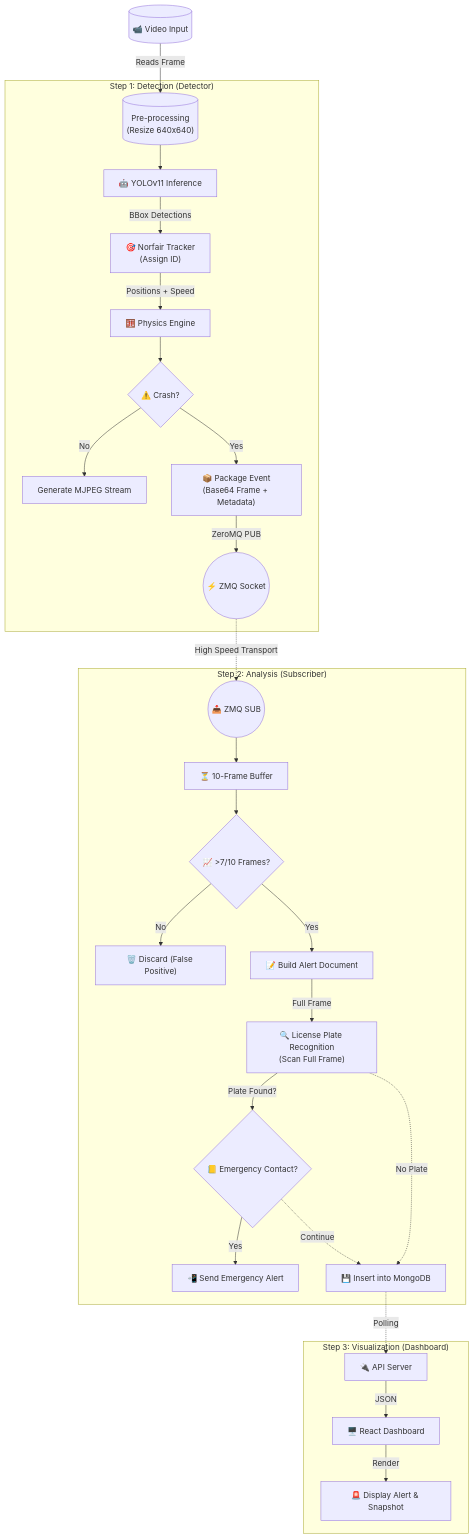
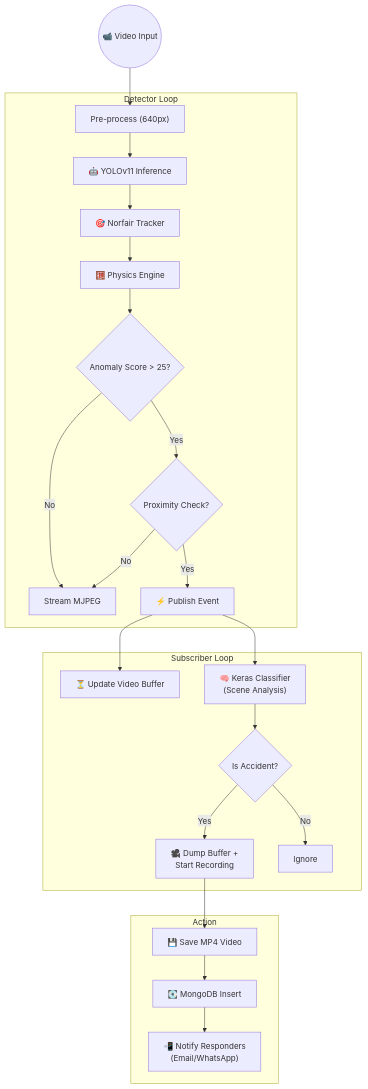
One commit to Rama-53/accident-detction-2.0 changed the diagram in PIPELINE.md. Above: the diagram before and after it, drawn with Mermaid. The commit also changed other lines of this file and 3 other files, not shown here.

````diff
--- a/PIPELINE.md
+++ b/PIPELINE.md
@@ -5,43 +5,36 @@
 ```mermaid
 graph TD
-    %% 1. Input Stage
-    Input[("📹 Video Input")] -->|Reads Frame| Resize[("Pre-processing<br>(Resize 640x640)")]
+    %% Step 1
+    Input(("📹 Video Input")) --> Resize["Pre-process (640px)"]
     
-    %% 2. Detection Stage (The "Brain")
-    subgraph Detector_Publisher ["Step 1: Detection (Detector)"]
-        Resize --> Inference["🤖 YOLOv11 Inference"]
-        Inference -->|BBox Detections| Tracker["🎯 Norfair Tracker<br>(Assign ID)"]
-        Tracker -->|Positions + Speed| Physics["🧮 Physics Engine"]
+    %% Step 2: Detection
+    subgraph Detector Loop
+        Resize --> YOLO["🤖 YOLOv11 Inference"]
+        YOLO --> Norfair["🎯 Norfair Tracker"]
+        Norfair --> Physics["🧮 Physics Engine"]
         
-        Physics --> Check{"⚠️ Crash?"}
-        Check -->|No| StreamOnly["Generate MJPEG Stream"]
-        Check -->|Yes| Pack["📦 Package Event<br>(Base64 Frame + Metadata)"]
+        Physics --> Anomaly{Anomaly Score > 25?}
+        Anomaly -- Yes --> CrashCheck{Proximity Check?}
+        Anomaly -- No --> Stream["Stream MJPEG"]
         
-        Pack -->|ZeroMQ PUB| ZMQ(("⚡ ZMQ Socket"))
+        CrashCheck -- Yes --> ZMQ["⚡ Publish Event"]
+        CrashCheck -- No --> Stream
     end
 
-    %% 3. Transmission
-    ZMQ -.->|High Speed Transport| Subscriber_In(("📥 ZMQ SUB"))
-
-    %% 4. Subscriber Stage (The "Clerk")
-    subgraph Classifier_Subscriber ["Step 2: Analysis (Subscriber)"]
-        Subscriber_In --> Buffer["⏳ 10-Frame Buffer"]
-        Buffer --> Threshold{"📈 >7/10 Frames?"}
+    %% Step 3: Analysis
+    subgraph Subscriber Loop
+        ZMQ --> Buffer["⏳ Update Video Buffer"]
+        ZMQ --> Classify["🧠 Keras Classifier<br>(Scene Analysis)"]
         
-        Threshold -->|No| Discard["🗑️ Discard (False Positive)"]
-        Threshold -->|Yes| BuildDoc["📝 Build Alert Document"]
-        
-        BuildDoc -->|Full Frame| LPR["🔍 License Plate Recognition<br>(Scan Full Frame)"]
-        LPR -->|Plate Found?| ContactCheck{"📒 Emergency Contact?"}
-        ContactCheck -->|Yes| AlertSMS["📲 Send Emergency Alert"]
-        ContactCheck -.->|Continue| DB_Write["💾 Insert into MongoDB"]
-        LPR -.->|No Plate| DB_Write
+        Classify --> IsCrash{Is Accident?}
+        IsCrash -- Yes --> Record["🎥 Dump Buffer +<br>Start Recording"]
+        IsCrash -- No --> Discard["Ignore"]
     end
-
-    %% 5. Visualization Stage
-    subgraph Frontend ["Step 3: Visualization (Dashboard)"]
-        DB_Write -.->|Polling| API["🔌 API Server"]
-        API -->|JSON| UI["🖥️ React Dashboard"]
-        UI -->|Render| AlertCard["🚨 Display Alert & Snapshot"]
+    
+    %% Step 4: Action
+    subgraph Action
+        Record --> SaveFile["💾 Save MP4 Video"]
+        SaveFile --> DB["💽 MongoDB Insert"]
+        DB --> Notify["📲 Notify Responders<br>(Email/WhatsApp)"]
     end
 ```
````
